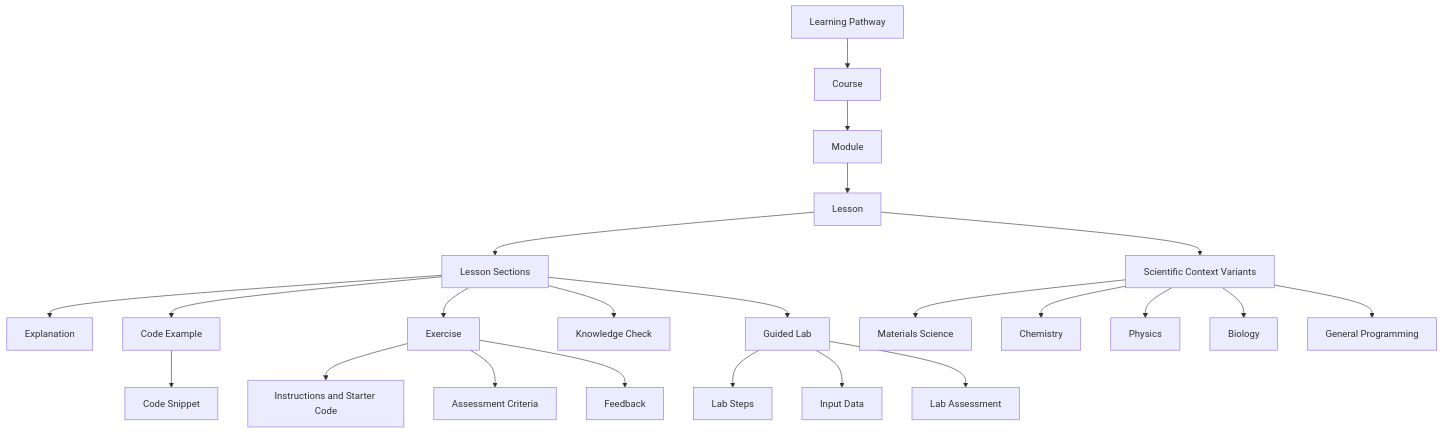
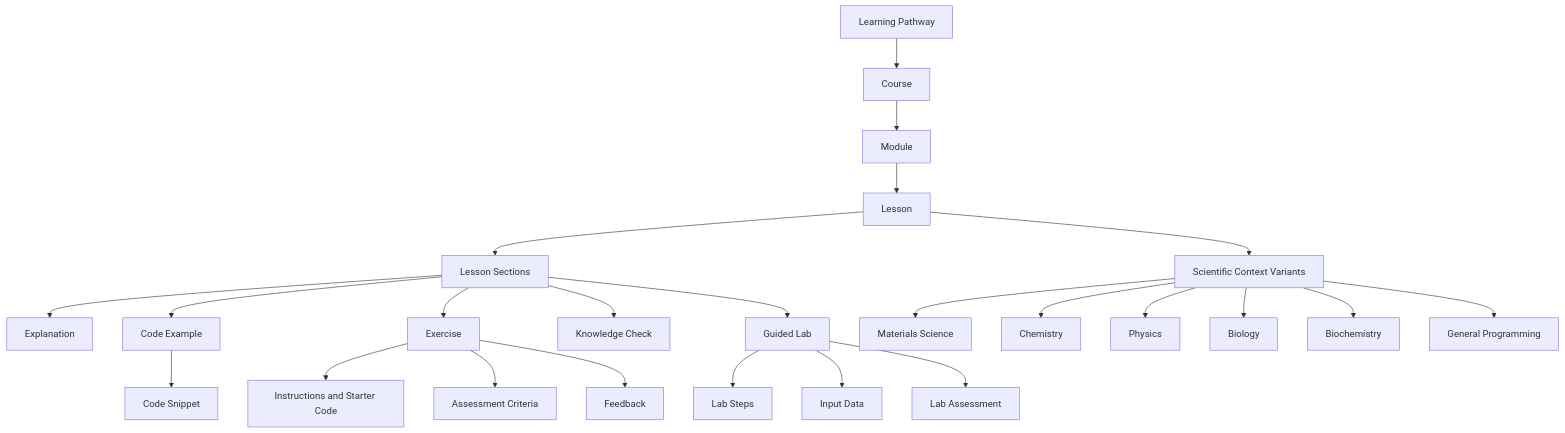
Before and after one commit to savino48120/Spascle: the eighth of 12 diagrams in project_documentation/information_architecture.md, drawn with Mermaid. The commit also changed other lines of this file and 107 other files, not shown here.

````diff
--- a/project_documentation/information_architecture.md
+++ b/project_documentation/information_architecture.md
@@ -669,30 +670,31 @@
 ```mermaid
 flowchart TD
     LP["Learning Pathway"] --> CO["Course"]
     CO --> MO["Module"]
     MO --> LE["Lesson"]
     LE --> LS["Lesson Sections"]
 
     LS --> EX["Explanation"]
     LS --> CE["Code Example"]
     LS --> ER["Exercise"]
     LS --> KC["Knowledge Check"]
     LS --> GL["Guided Lab"]
 
     CE --> CS["Code Snippet"]
 
     ER --> ER1["Instructions and Starter Code"]
     ER --> ER2["Assessment Criteria"]
     ER --> ER3["Feedback"]
 
     GL --> GL1["Lab Steps"]
     GL --> GL2["Input Data"]
     GL --> GL3["Lab Assessment"]
 
     LE --> SC["Scientific Context Variants"]
     SC --> SC1["Materials Science"]
     SC --> SC2["Chemistry"]
     SC --> SC3["Physics"]
     SC --> SC4["Biology"]
-    SC --> SC5["General Programming"]
+    SC --> SC5["Biochemistry"]
+    SC --> SC6["General Programming"]
 ```
````
